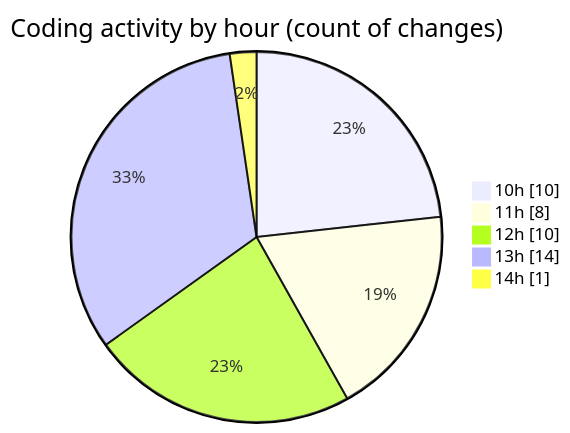
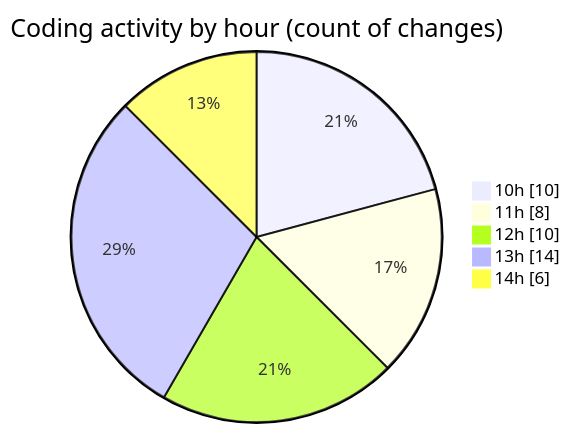
Before and after one commit to nxtqubesakshisongat/code-tracking: the second of 2 diagrams in 2025-07-29/nxtqube_webapp/README.md, drawn with Mermaid. The commit also changed other lines of this file and 1 other file, not shown here.

````diff
--- a/2025-07-29/nxtqube_webapp/README.md
+++ b/2025-07-29/nxtqube_webapp/README.md
@@ -36,9 +36,9 @@
 ```mermaid
 pie showData
 title Coding activity by hour (count of changes)
 "10h" : 10
 "11h" : 8
 "12h" : 10
 "13h" : 14
-"14h" : 1
+"14h" : 6
 ```
````
